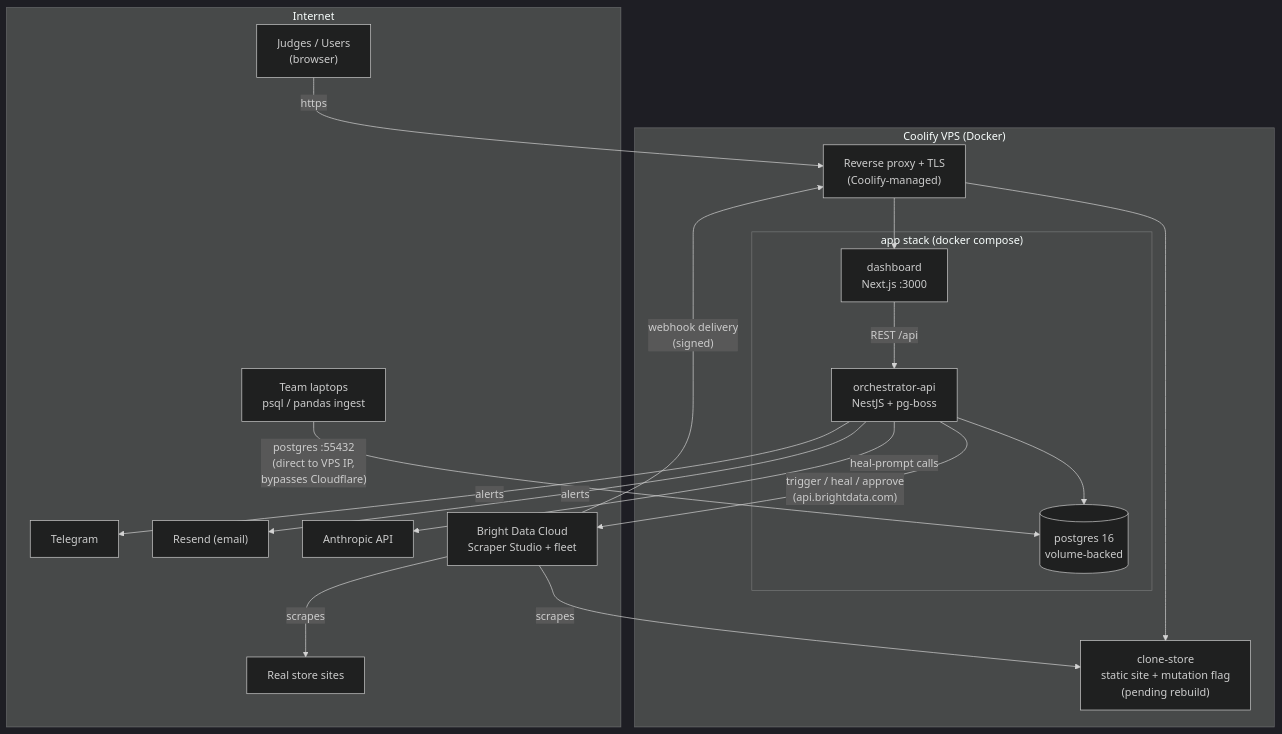
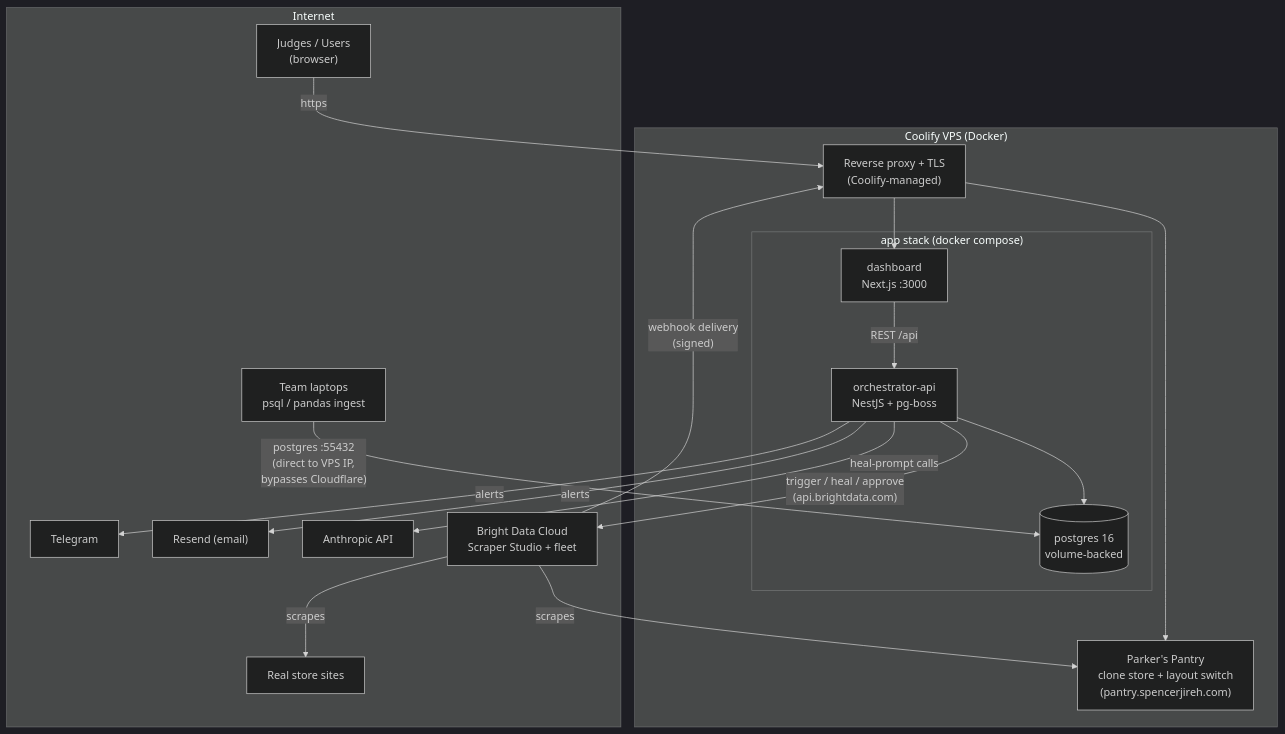
Before and after one commit to spencerjireh/basketwatch: the fifth of 5 diagrams in docs/architecture.md, drawn with Mermaid (dark theme). The commit also changed other lines of this file and 85 other files, not shown here.

````diff
--- a/docs/architecture.md
+++ b/docs/architecture.md
@@ -347,36 +337,36 @@
 ```mermaid
 flowchart TB
     subgraph INET["Internet"]
         JUDGE["Judges / Users<br/>(browser)"]
         TG["Telegram"]
         RESEND["Resend (email)"]
         ANTHROPIC["Anthropic API"]
         BDCLOUD["Bright Data Cloud<br/>Scraper Studio + fleet"]
         STORES["Real store sites"]
         TEAM["Team laptops<br/>psql / pandas ingest"]
     end
 
     subgraph COOLIFY["Coolify VPS (Docker)"]
         PROXY["Reverse proxy + TLS<br/>(Coolify-managed)"]
         subgraph APP["app stack (docker compose)"]
             WEB["dashboard<br/>Next.js :3000"]
             APIC["orchestrator-api<br/>NestJS + pg-boss"]
             PG[("postgres 16<br/>volume-backed")]
         end
-        CLONE["clone-store<br/>static site + mutation flag<br/>(pending rebuild)"]
+        CLONE["Parker's Pantry<br/>clone store + layout switch<br/>(pantry.spencerjireh.com)"]
     end
 
     JUDGE -->|https| PROXY
     PROXY --> WEB
     PROXY --> CLONE
     WEB -->|REST /api| APIC
     APIC --> PG
     APIC -->|"trigger / heal / approve<br/>(api.brightdata.com)"| BDCLOUD
     BDCLOUD -->|"webhook delivery<br/>(signed)"| PROXY
     BDCLOUD -->|scrapes| STORES
     BDCLOUD -->|scrapes| CLONE
     APIC -->|heal-prompt calls| ANTHROPIC
     APIC -->|alerts| RESEND
     APIC -->|alerts| TG
     TEAM -->|"postgres :55432<br/>(direct to VPS IP,<br/>bypasses Cloudflare)"| PG
 ```
````
